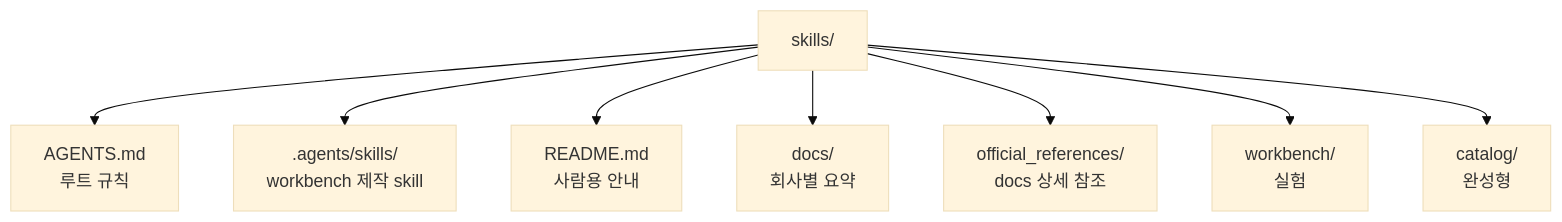
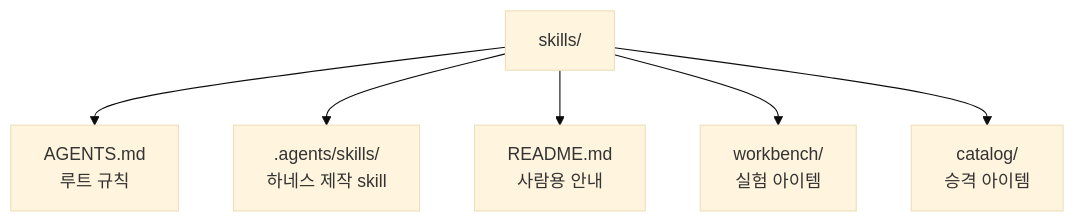
The first of 2 diagrams in README.md (EchidnaRezero/agent-guidance-customization), drawn with Mermaid (base theme) before and after one commit. The commit also changed other lines of this file and 36 other files, not shown here.

````diff
--- a/README.md
+++ b/README.md
@@ -8,11 +13,9 @@
 ```mermaid
 flowchart TD
     R["skills/"]
     R --> A["AGENTS.md<br/>루트 규칙"]
-    R --> G[".agents/skills/<br/>workbench 제작 skill"]
+    R --> G[".agents/skills/<br/>하네스 제작 skill"]
     R --> B["README.md<br/>사람용 안내"]
-    R --> C["docs/<br/>회사별 요약"]
-    R --> D["official_references/<br/>docs 상세 참조"]
-    R --> E["workbench/<br/>실험"]
-    R --> F["catalog/<br/>완성형"]
+    R --> C["workbench/<br/>실험 아이템"]
+    R --> D["catalog/<br/>승격 아이템"]
 ```
````
